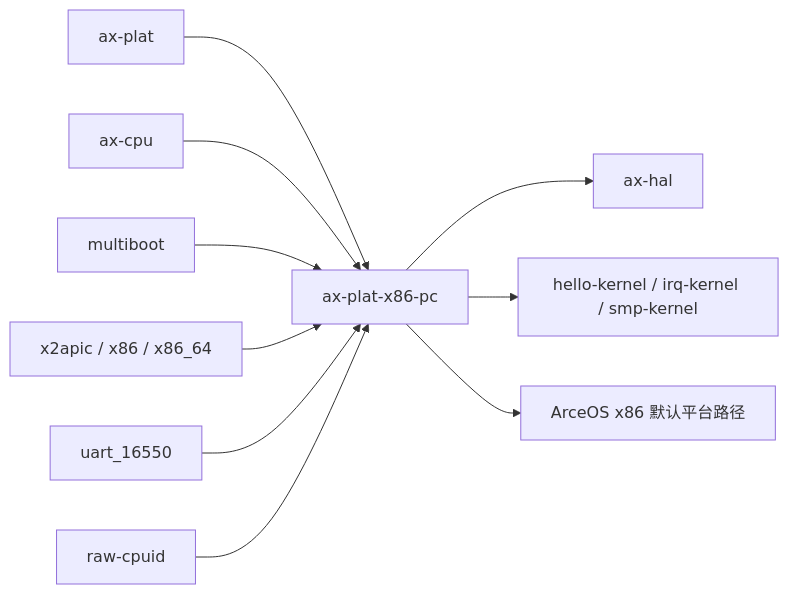
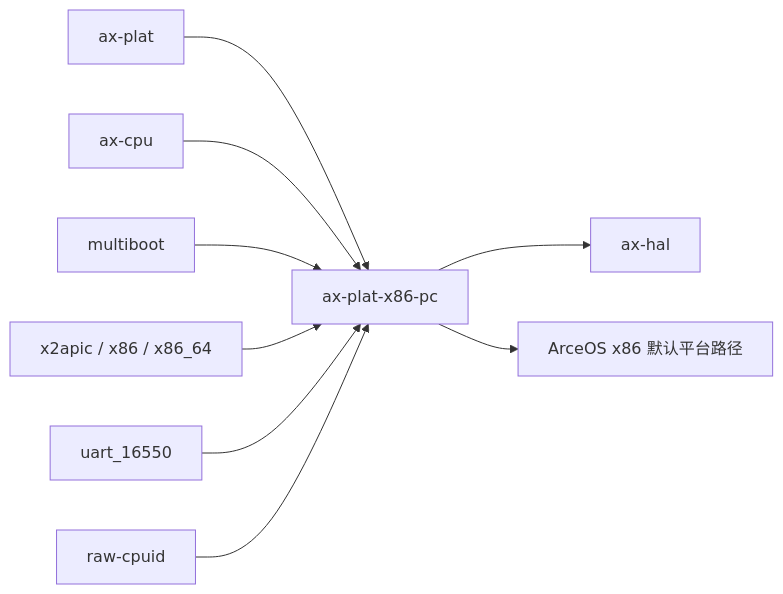
The second of 3 diagrams in docs/docs/components/crates/ax-plat-x86-pc.md (rcore-os/tgoskits), drawn with Mermaid before and after one commit. The commit also changed other lines of this file and 42 other files, not shown here.

First line of the commit message:
Remove hello-kernel, irq-kernel, and smp-kernel examples

````diff
--- a/docs/docs/components/crates/ax-plat-x86-pc.md
+++ b/docs/docs/components/crates/ax-plat-x86-pc.md
@@ -122,13 +122,12 @@
 ```mermaid
 graph LR
     axplat["ax-plat"] --> current["ax-plat-x86-pc"]
     ax-cpu["ax-cpu"] --> current
     multiboot["multiboot"] --> current
     apic["x2apic / x86 / x86_64"] --> current
     uart["uart_16550"] --> current
     cpuid["raw-cpuid"] --> current
 
     current --> ax-hal["ax-hal"]
-    current --> hello["hello-kernel / irq-kernel / smp-kernel"]
     current --> arceos["ArceOS x86 默认平台路径"]
 ```
````
